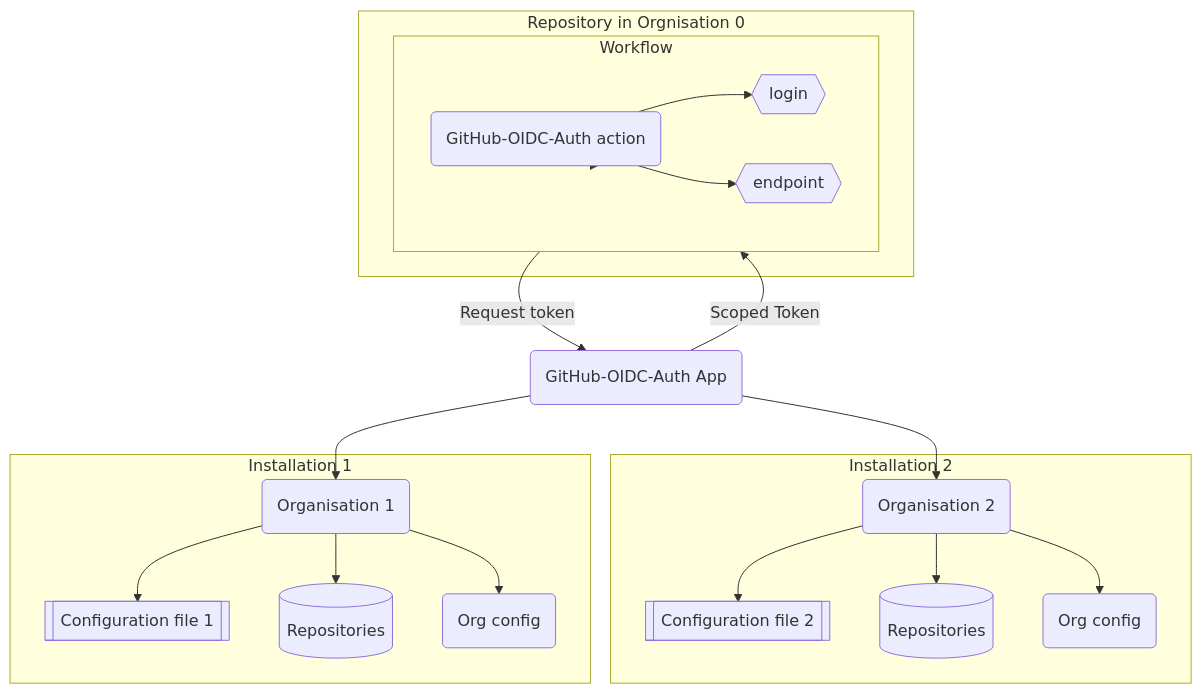
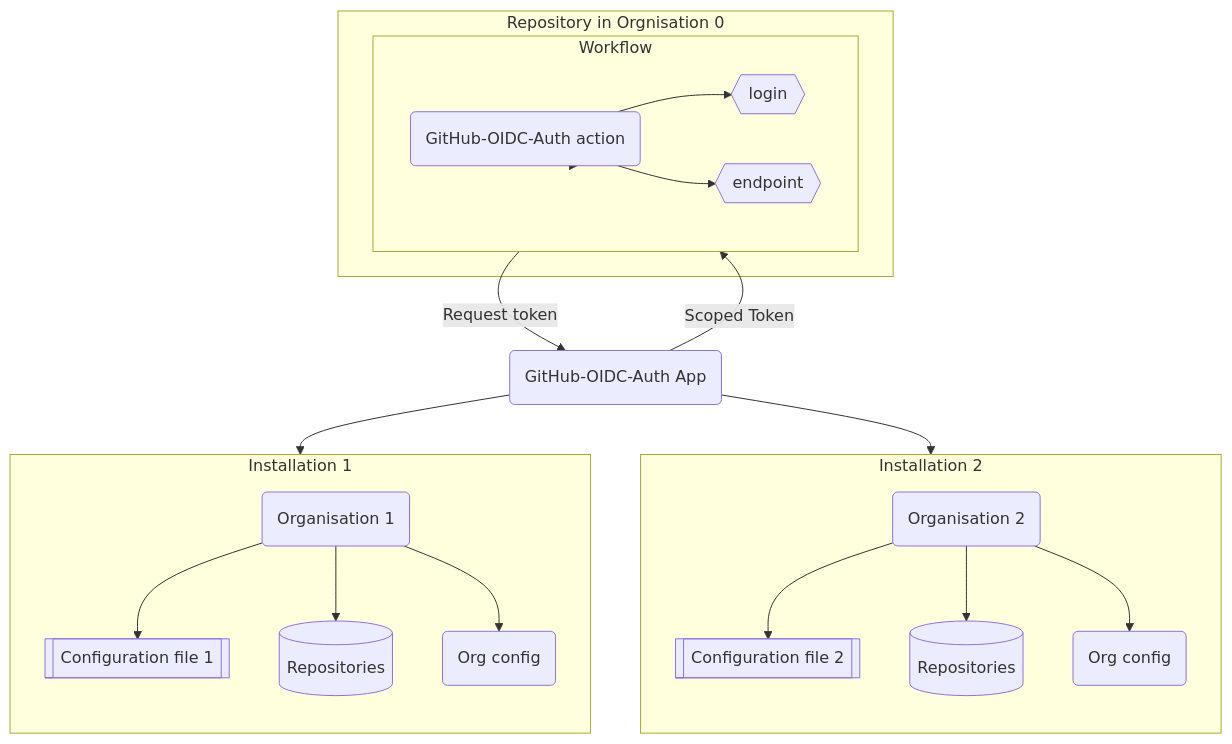
The diagram in README.md (helaili/github-oidc-auth-app), drawn with Mermaid before and after one commit. The commit also changed other lines of this file, not shown here.

Commit message:
More documentation

````diff
--- a/README.md
+++ b/README.md
@@ -17,42 +17,43 @@
 ```mermaid 
-graph TB
+flowchart TB
   subgraph Repository in Orgnisation 0
     subgraph Workflow
         direction LR
         Action(GitHub-OIDC-Auth action)
         endpoint{{endpoint}}
         login{{login}}
         Action --> login
         Action --> endpoint
     end
     Workflow-->Action
   end
 
   App(GitHub-OIDC-Auth App)
 
-  subgraph Installation 2
+  subgraph inst2 [Installation 2]
+    direction TB
     Org2(Organisation 2)
     ConfigFile2[[Configuration file 2]]
     Repo2[(Repositories)]
     Config2(Org config)
     Org2-->ConfigFile2
     Org2-->Repo2
     Org2-->Config2
   end
   
-  subgraph Installation 1 
+  subgraph inst1 [Installation 1]
+    direction TB
     Org1(Organisation 1)
     ConfigFile1[[Configuration file 1]]
     Repo1[(Repositories)]
     Config1(Org config)
     Org1-->ConfigFile1
     Org1-->Repo1
     Org1-->Config1
   end
 
-  Action -- Request token --> App
-  App -- Scoped Token  --> Action
-  App-->Org1
-  App-->Org2
-  
+  Workflow -- Request token --> App
+  App -- Scoped Token  --> Workflow
+  App-->inst1
+  App-->inst2
 ```
````
